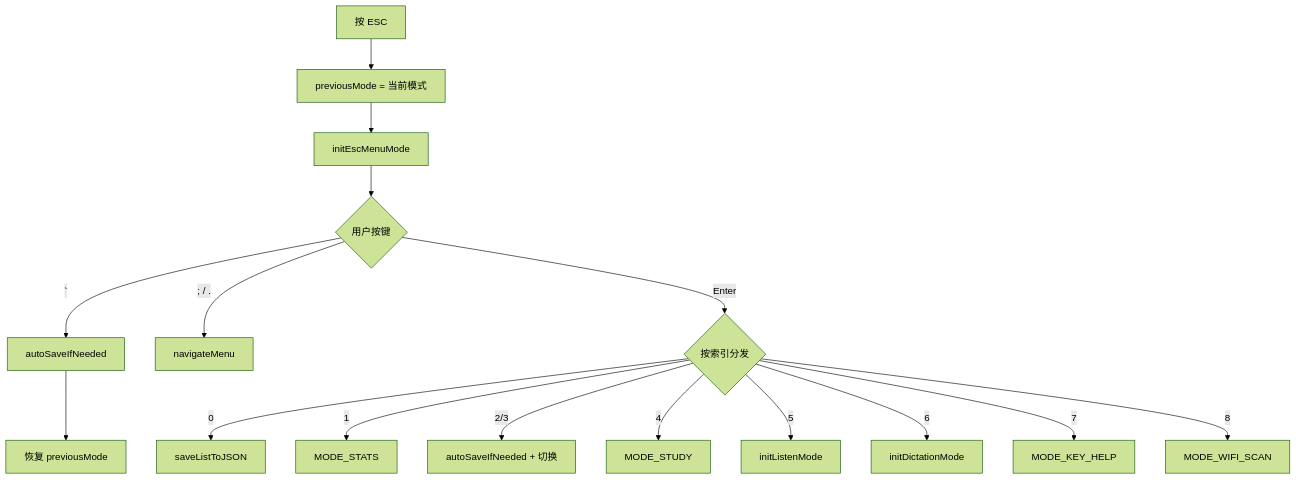
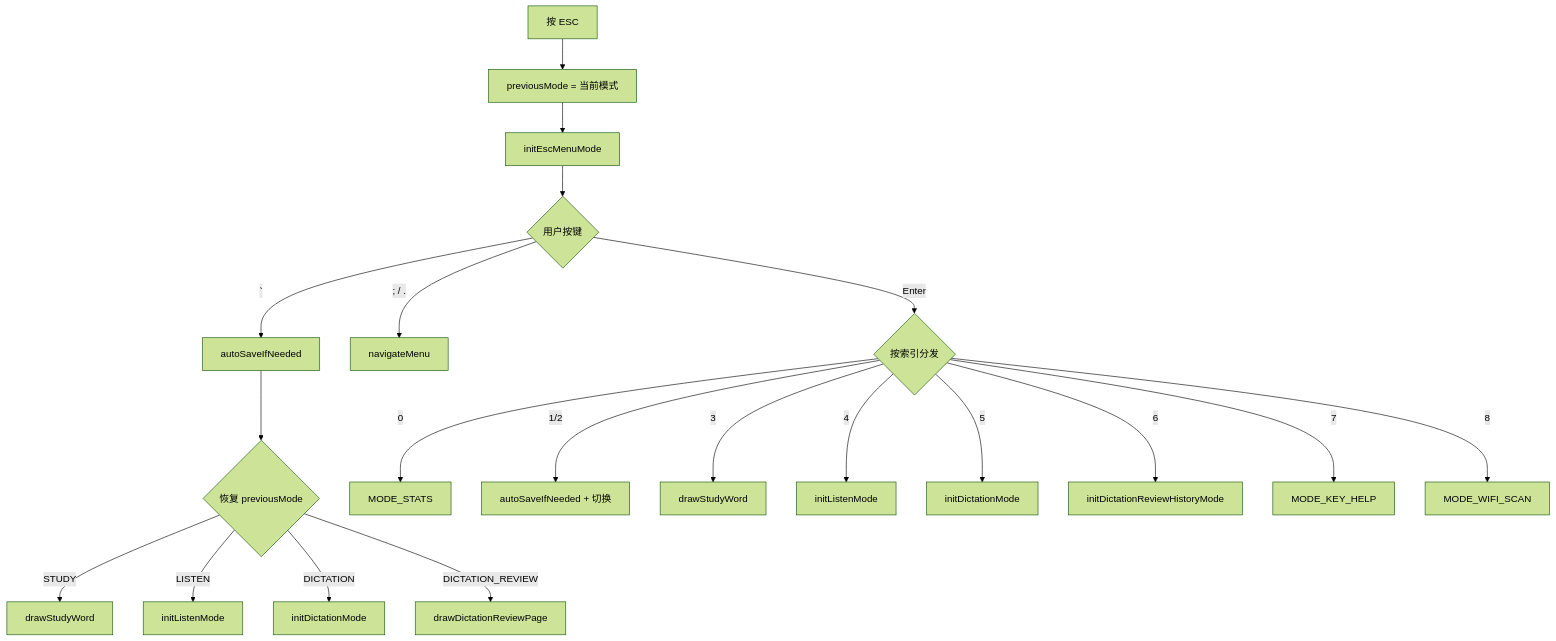
The diagram in docs/ModeEscMenu.md (Mr-xiaotian/WordCardputer), drawn with Mermaid (forest theme) before and after one commit. The commit also changed other lines of this file and 13 other files, not shown here.

````diff
--- a/docs/ModeEscMenu.md
+++ b/docs/ModeEscMenu.md
@@ -34,18 +34,22 @@
 ```mermaid
 flowchart TD
     A[按 ESC] --> B[previousMode = 当前模式]
     B --> C[initEscMenuMode]
     C --> D{用户按键}
     D -->|`| E[autoSaveIfNeeded]
-    E --> F[恢复 previousMode]
+    E --> F{恢复 previousMode}
+    F -->|STUDY| F1[drawStudyWord]
+    F -->|LISTEN| F2[initListenMode]
+    F -->|DICTATION| F3[initDictationMode]
+    F -->|DICTATION_REVIEW| F4[drawDictationReviewPage]
     D -->|; / .| G[navigateMenu]
     D -->|Enter| H{按索引分发}
-    H -->|0| I[saveListToJSON]
-    H -->|1| J[MODE_STATS]
-    H -->|2/3| K[autoSaveIfNeeded + 切换]
-    H -->|4| L[MODE_STUDY]
-    H -->|5| M[initListenMode]
-    H -->|6| N[initDictationMode]
+    H -->|0| I[MODE_STATS]
+    H -->|1/2| J[autoSaveIfNeeded + 切换]
+    H -->|3| K[drawStudyWord]
+    H -->|4| L[initListenMode]
+    H -->|5| M[initDictationMode]
+    H -->|6| N[initDictationReviewHistoryMode]
     H -->|7| O[MODE_KEY_HELP]
     H -->|8| P[MODE_WIFI_SCAN]
 ```
````
